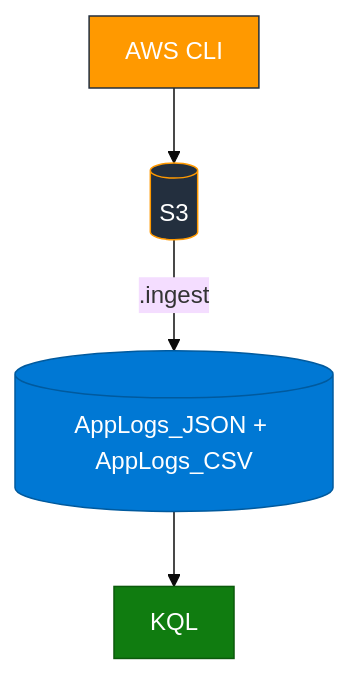
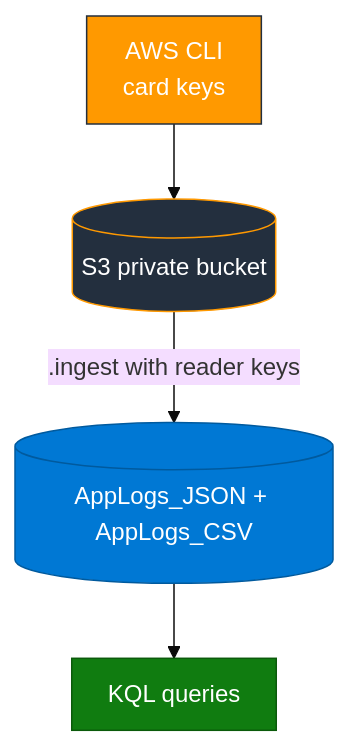
Before and after one commit to atingupta2005/adx-aws-training-aug-26: the second of 2 diagrams in Module_01_Amazon_S3/01_S3_to_ADX_Concepts.md, drawn with Mermaid. The commit also changed other lines of this file and 5 other files, not shown here.

````diff
--- a/Module_01_Amazon_S3/01_S3_to_ADX_Concepts.md
+++ b/Module_01_Amazon_S3/01_S3_to_ADX_Concepts.md
@@ -30,11 +56,11 @@
 ```mermaid
 %%{init: {"theme":"base","flowchart":{"htmlLabels":true,"padding":12}}}%%
 flowchart TB
-  CLI["AWS CLI"] --> S3[("S3")]
-  S3 -->|".ingest"| T[("AppLogs_JSON + AppLogs_CSV")]
-  T --> KQL["KQL"]
+  CLI["AWS CLI<br/>card keys"] --> S3[("S3 private bucket")]
+  S3 -->|".ingest with reader keys"| T[("AppLogs_JSON + AppLogs_CSV")]
+  T --> KQL["KQL queries"]
   style CLI fill:#FF9900,stroke:#232F3E,color:#fff
   style S3 fill:#232F3E,stroke:#FF9900,color:#fff
   style T fill:#0078D4,stroke:#005A9E,color:#fff
   style KQL fill:#107C10,stroke:#0B5A0B,color:#fff
 ```
````
